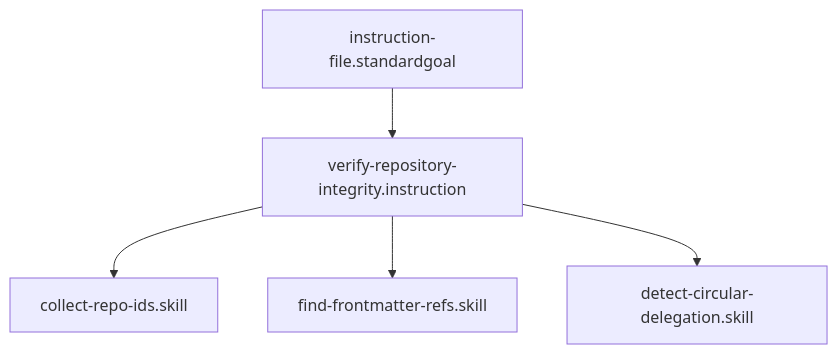
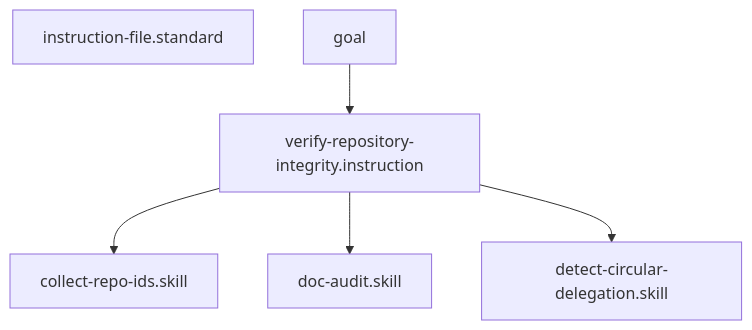
One commit to Gizmo4Life/ai-kernel changed the diagram in instructions/verify-repository-integrity.instruction.md. Above: the diagram before and after it, drawn with Mermaid. The commit also changed other lines of this file and 101 other files, not shown here.

````diff
--- a/instructions/verify-repository-integrity.instruction.md
+++ b/instructions/verify-repository-integrity.instruction.md
@@ -26,7 +26,8 @@
 ```mermaid
 graph TD
-    instruction-file.standardgoal --> verify-repository-integrity.instruction
+    instruction-file.standard
+goal --> verify-repository-integrity.instruction
     verify-repository-integrity.instruction --> collect-repo-ids[collect-repo-ids.skill]
-    verify-repository-integrity.instruction --> find-frontmatter-refs[find-frontmatter-refs.skill]
+    verify-repository-integrity.instruction --> find-frontmatter-refs[doc-audit.skill]
     verify-repository-integrity.instruction --> detect-circular-delegation[detect-circular-delegation.skill]
 ```
````
